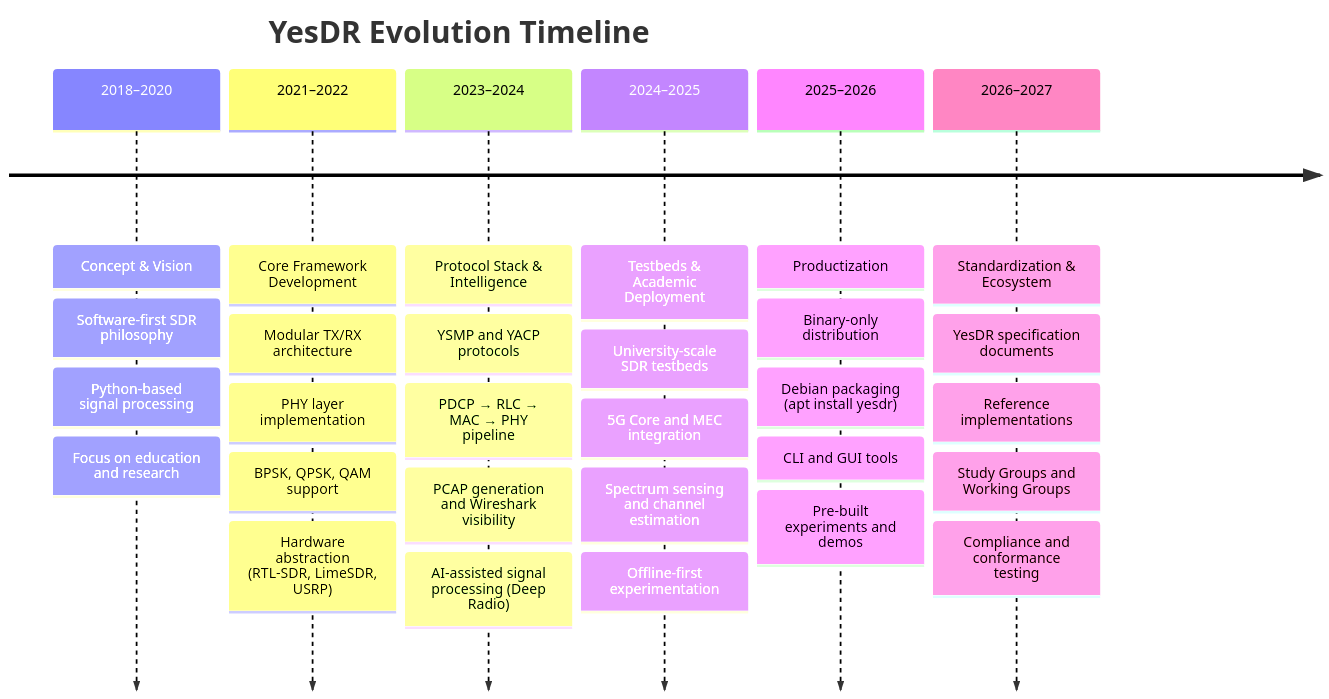
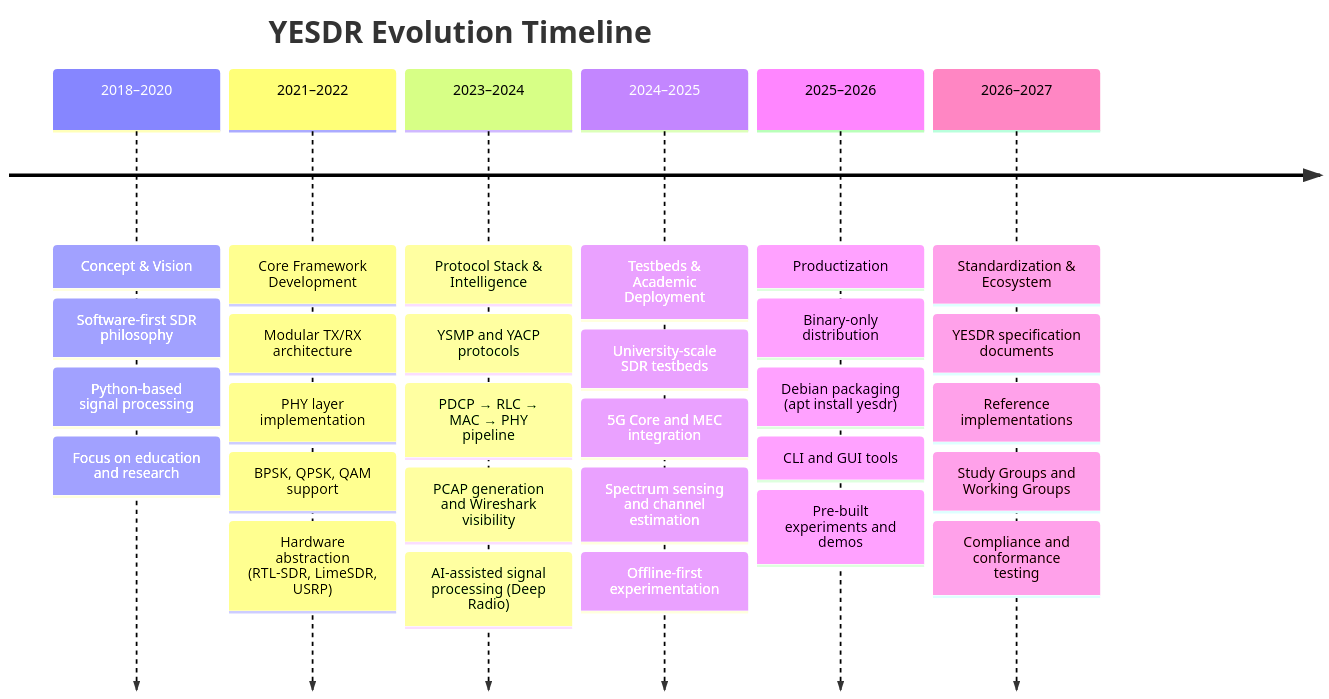
Before and after one commit to chandharlabs/yesdr-standard: the diagram in docs/history/timeline.md, drawn with Mermaid. The commit also changed other lines of this file and 10 other files, not shown here.

````diff
--- a/docs/history/timeline.md
+++ b/docs/history/timeline.md
@@ -7,41 +7,41 @@
 ```mermaid
 timeline
-    title YesDR Evolution Timeline
+    title YESDR Evolution Timeline
 
     2018–2020 : Concept & Vision
                : Software-first SDR philosophy
                : Python-based signal processing
                : Focus on education and research
 
     2021–2022 : Core Framework Development
                : Modular TX/RX architecture
                : PHY layer implementation
                : BPSK, QPSK, QAM support
                : Hardware abstraction (RTL-SDR, LimeSDR, USRP)
 
     2023–2024 : Protocol Stack & Intelligence
                : YSMP and YACP protocols
                : PDCP → RLC → MAC → PHY pipeline
                : PCAP generation and Wireshark visibility
                : AI-assisted signal processing (Deep Radio)
 
     2024–2025 : Testbeds & Academic Deployment
                : University-scale SDR testbeds
                : 5G Core and MEC integration
                : Spectrum sensing and channel estimation
                : Offline-first experimentation
 
     2025–2026 : Productization
                : Binary-only distribution
                : Debian packaging (apt install yesdr)
                : CLI and GUI tools
                : Pre-built experiments and demos
 
     2026–2027 : Standardization & Ecosystem
-               : YesDR specification documents
+               : YESDR specification documents
                : Reference implementations
                : Study Groups and Working Groups
                : Compliance and conformance testing
                
                
 ```
````
